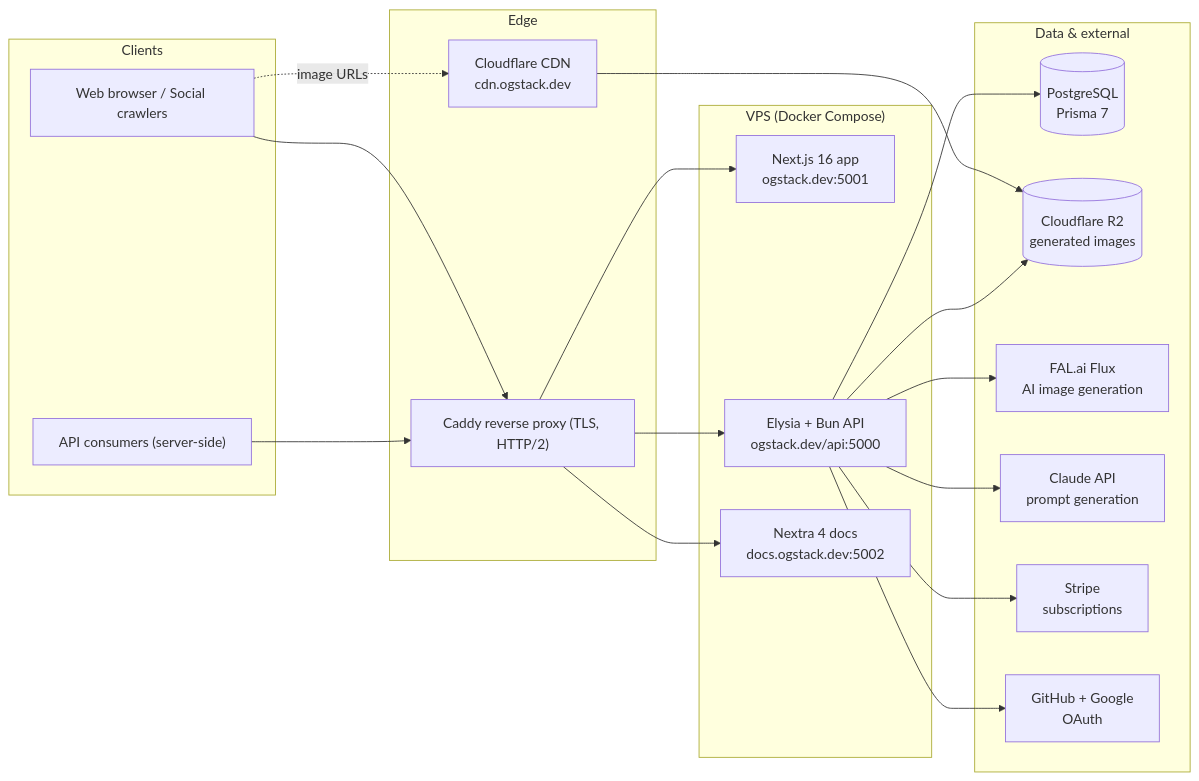
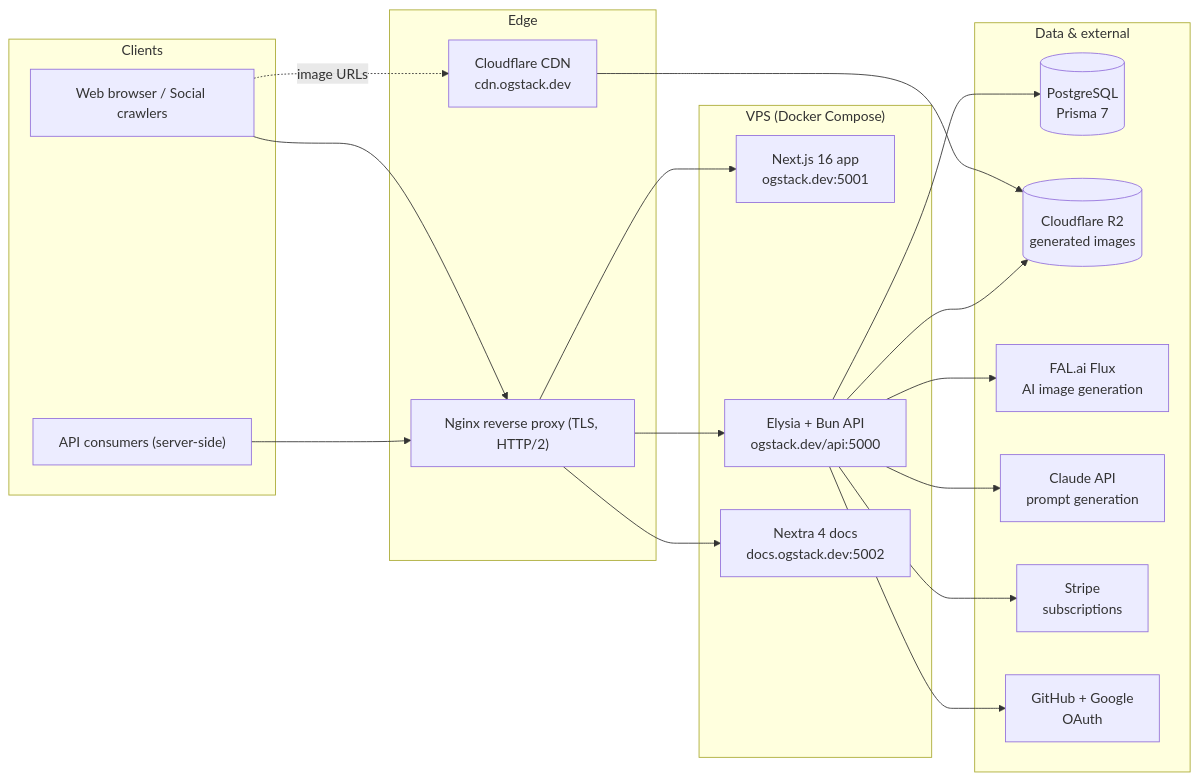
Before and after one commit to suxrobGM/ogstack: the diagram in docs/architecture.md, drawn with Mermaid. The commit also changed 4 other files, not shown here.

Commit message:
feat: update deployment and architecture documentation to replace Caddy with Nginx; add PRD summary reference

````diff
--- a/docs/architecture.md
+++ b/docs/architecture.md
@@ -7,41 +7,41 @@
 ```mermaid
 flowchart LR
     subgraph Client["Clients"]
       Browser["Web browser / Social crawlers"]
       ApiConsumer["API consumers (server-side)"]
     end
 
     subgraph Edge["Edge"]
-      Caddy["Caddy reverse proxy (TLS, HTTP/2)"]
+      Nginx["Nginx reverse proxy (TLS, HTTP/2)"]
       CDN["Cloudflare CDN<br/>cdn.ogstack.dev"]
     end
 
     subgraph VPS["VPS (Docker Compose)"]
       Web["Next.js 16 app<br/>ogstack.dev:5001"]
       API["Elysia + Bun API<br/>ogstack.dev/api:5000"]
       Docs["Nextra 4 docs<br/>docs.ogstack.dev:5002"]
     end
 
     subgraph Data["Data & external"]
       PG[("PostgreSQL<br/>Prisma 7")]
       R2[("Cloudflare R2<br/>generated images")]
       Fal["FAL.ai Flux<br/>AI image generation"]
       Claude["Claude API<br/>prompt generation"]
       Stripe["Stripe<br/>subscriptions"]
       OAuth["GitHub + Google<br/>OAuth"]
     end
 
-    Browser --> Caddy
-    ApiConsumer --> Caddy
-    Caddy --> Web
-    Caddy --> API
-    Caddy --> Docs
+    Browser --> Nginx
+    ApiConsumer --> Nginx
+    Nginx --> Web
+    Nginx --> API
+    Nginx --> Docs
     Browser -.image URLs.-> CDN
     CDN --> R2
     API --> PG
     API --> R2
     API --> Fal
     API --> Claude
     API --> Stripe
     API --> OAuth
 ```
````
